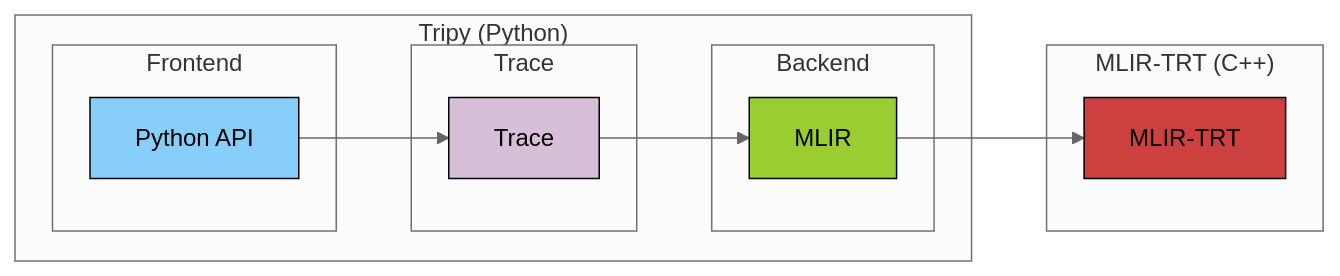
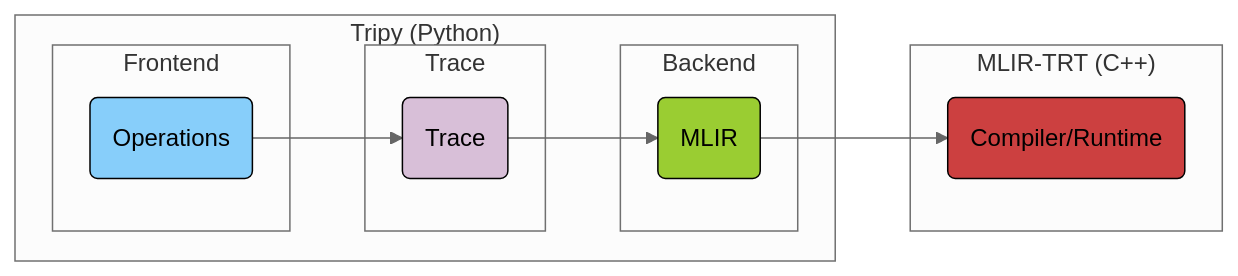
One commit to NVIDIA/TensorRT-Incubator changed the first of 2 diagrams in tripy/docs/post0_developer_guides/00-architecture.md. Above: the diagram before and after it, drawn with Mermaid. The commit also changed other lines of this file, not shown here.

Commit message:
adds frontend section

````diff
--- a/tripy/docs/post0_developer_guides/00-architecture.md
+++ b/tripy/docs/post0_developer_guides/00-architecture.md
@@ -11,26 +11,26 @@
 ```mermaid
 %%{init: {'theme':'neutral'}}%%
 graph LR
     subgraph "Tripy (Python)"
         subgraph "Frontend"
-            A["Python API"]:::frontend
+            A("Operations"):::frontend
         end
 
         subgraph "Trace"
-            A --> B["Trace"]:::trace
+            A --> B("Trace"):::trace
         end
 
         subgraph "Backend"
-            B --> C["MLIR"]:::backend
+            B --> C("MLIR"):::backend
         end
     end
 
     subgraph "MLIR-TRT (C++)"
-        C --> D["MLIR-TRT"]:::mlirtrt
+        C --> D("Compiler/Runtime"):::mlirtrt
     end
 
     classDef frontend fill:#87CEFA,stroke:#000,stroke-width:1px;
     classDef trace fill:#D8BFD8,stroke:#000,stroke-width:1px;
     classDef backend fill:#9ACD32,stroke:#000,stroke-width:1px;
     classDef mlirtrt fill:#CC4040,stroke:#000,stroke-width:1px;
 ```
````
